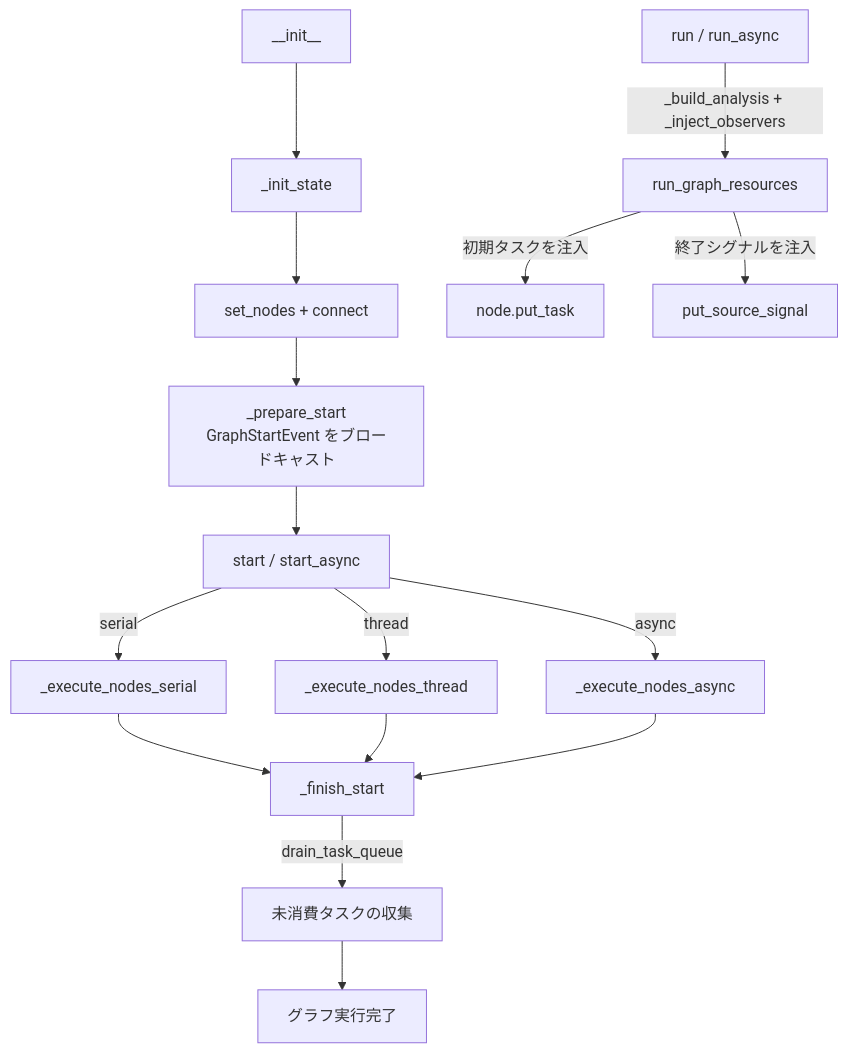
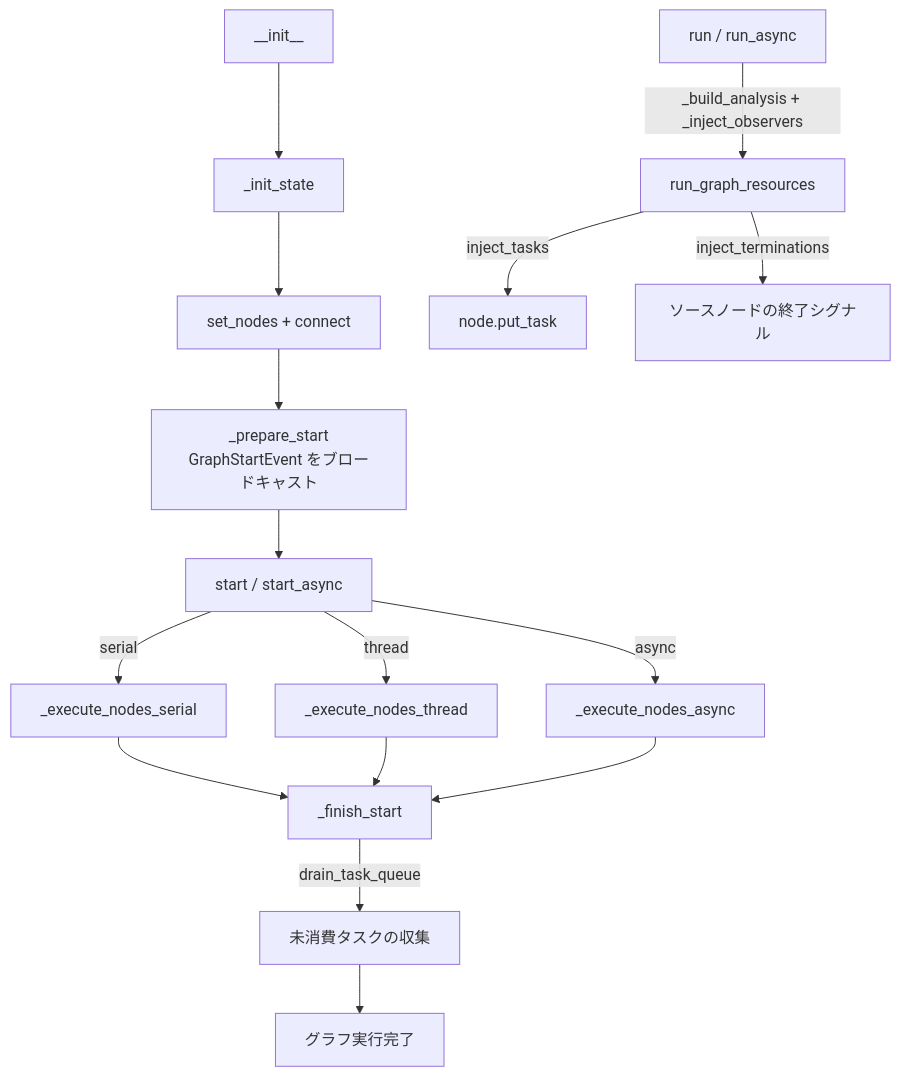
The second of 2 diagrams in docs/ja/src/graph/core_graph.md (Mr-xiaotian/CelestialFlow), drawn with Mermaid before and after one commit. The commit also changed other lines of this file and 176 other files, not shown here.

````diff
--- a/docs/ja/src/graph/core_graph.md
+++ b/docs/ja/src/graph/core_graph.md
@@ -476,19 +469,19 @@
 ```mermaid
 flowchart TD
     INIT[__init__] --> INIT_STATE[_init_state]
     INIT_STATE --> BUILD[set_nodes + connect]
     BUILD --> PREPARE[_prepare_start<br/>GraphStartEvent をブロードキャスト]
     PREPARE --> START[start / start_async]
     START -->|serial| SER[_execute_nodes_serial]
     START -->|thread| THR[_execute_nodes_thread]
     START -->|async| ASY[_execute_nodes_async]
     SER --> FINISH[_finish_start]
     THR --> FINISH
     ASY --> FINISH
     FINISH -->|drain_task_queue| DRAIN[未消費タスクの収集]
     DRAIN --> END[グラフ実行完了]
 
     RUN[run / run_async] -->|_build_analysis + _inject_observers| RES[run_graph_resources]
-    RES -->|初期タスクを注入| PUT[node.put_task]
-    RES -->|終了シグナルを注入| SIGNAL[put_source_signal]
+    RES -->|inject_tasks| PUT[node.put_task]
+    RES -->|inject_terminations| SIGNAL[ソースノードの終了シグナル]
 ```
````
